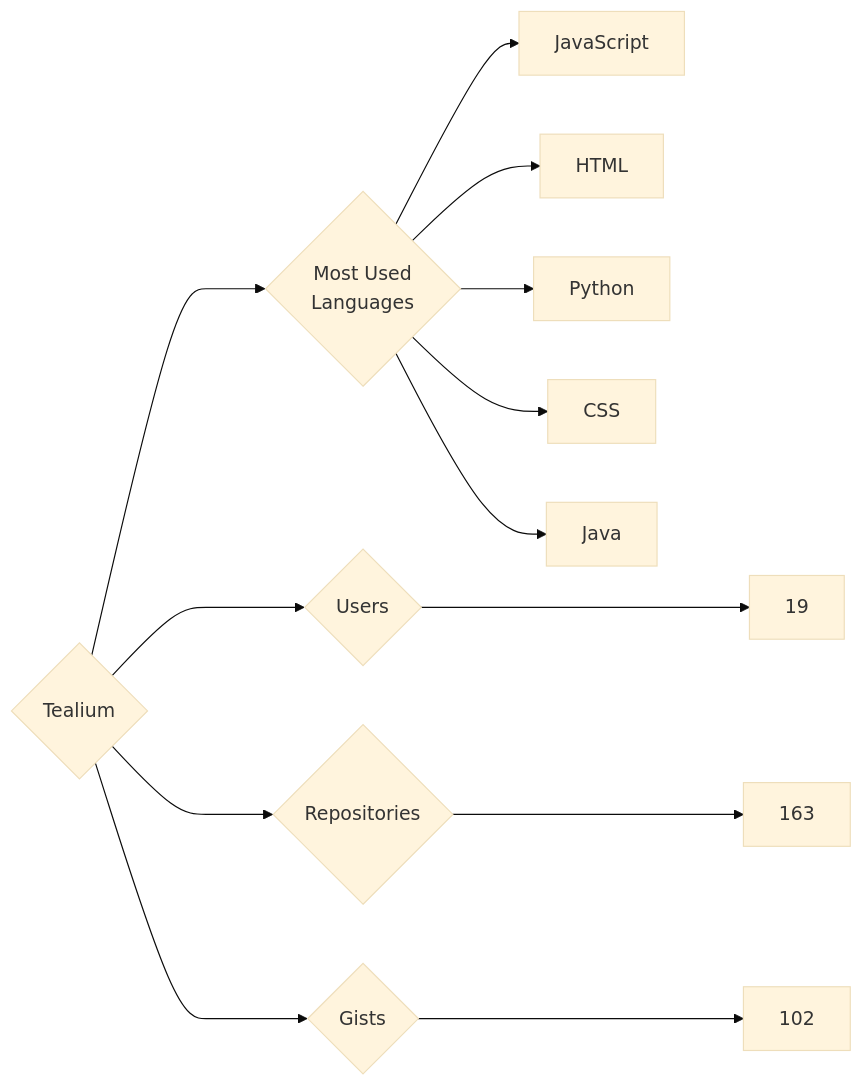
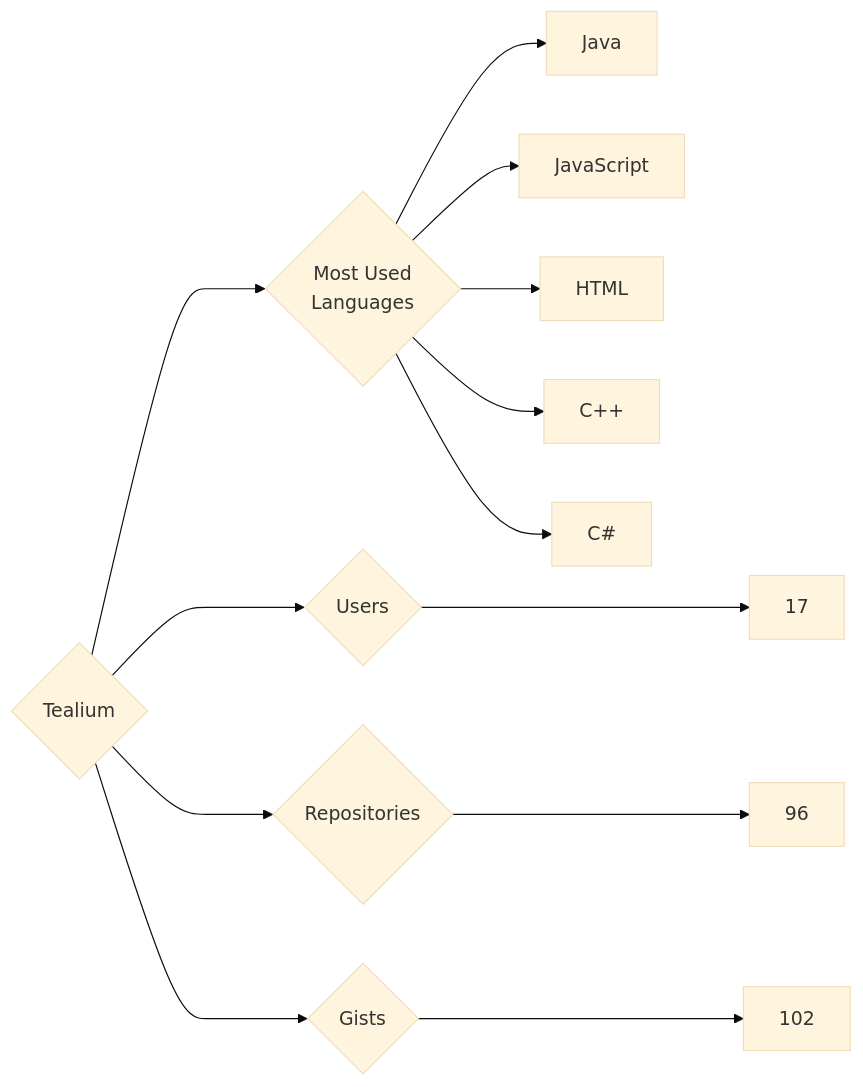
Before and after one commit to trickest/insiders: the diagram in targets/Tealium/README.md, drawn with Mermaid (base theme). The commit also changed 823 other files, not shown here.

````diff
--- a/targets/Tealium/README.md
+++ b/targets/Tealium/README.md
@@ -3,13 +3,13 @@
 ```mermaid
 graph LR
 COMPANY_NAME{Tealium}
-COMPANY_NAME ---> U{Users} ---> UN[19]
-COMPANY_NAME ---> R{Repositories} ---> RN[163]
+COMPANY_NAME ---> U{Users} ---> UN[17]
+COMPANY_NAME ---> R{Repositories} ---> RN[96]
 COMPANY_NAME ---> G{Gists} ---> GN[102]
 COMPANY_NAME ---> ML{Most Used<br>Languages}
+ML --> Java[Java]
 ML --> JavaScript[JavaScript]
 ML --> HTML[HTML]
-ML --> Python[Python]
-ML --> CSS[CSS]
-ML --> Java[Java]
+ML --> C++[C++]
+ML --> C#[C#]
 ```
````
